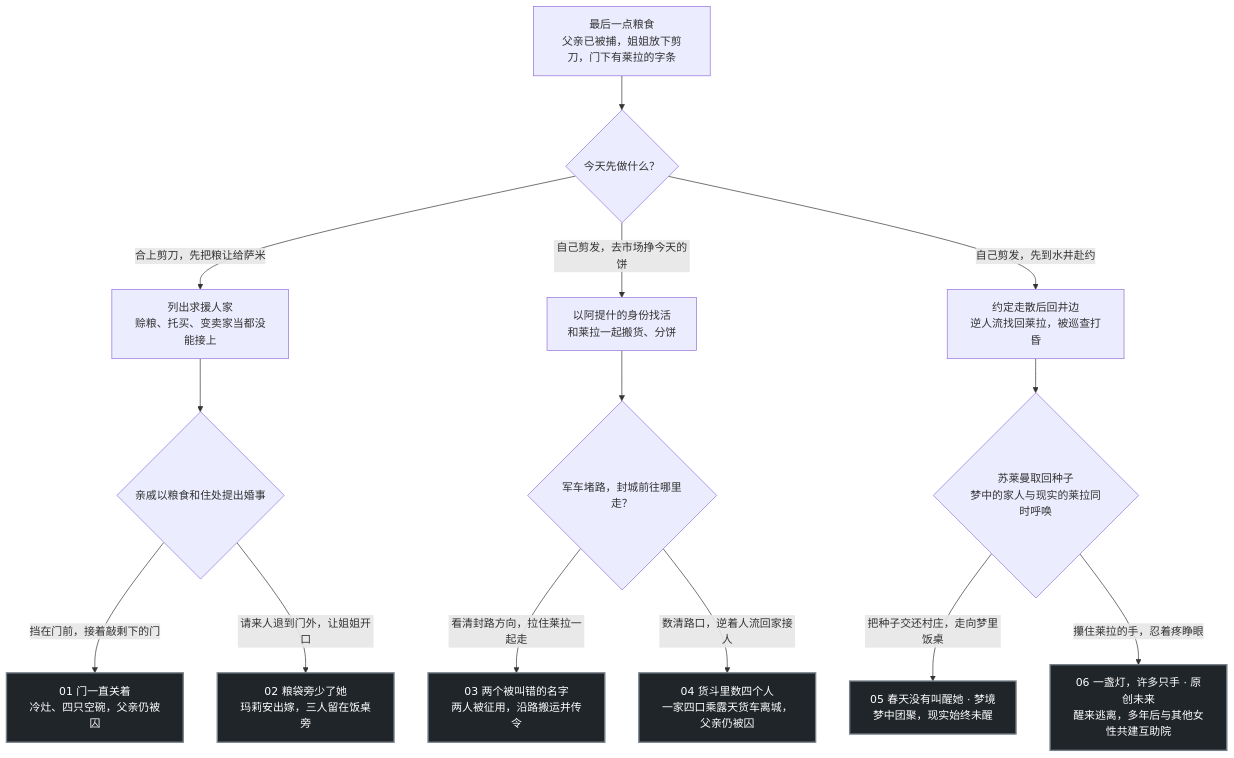
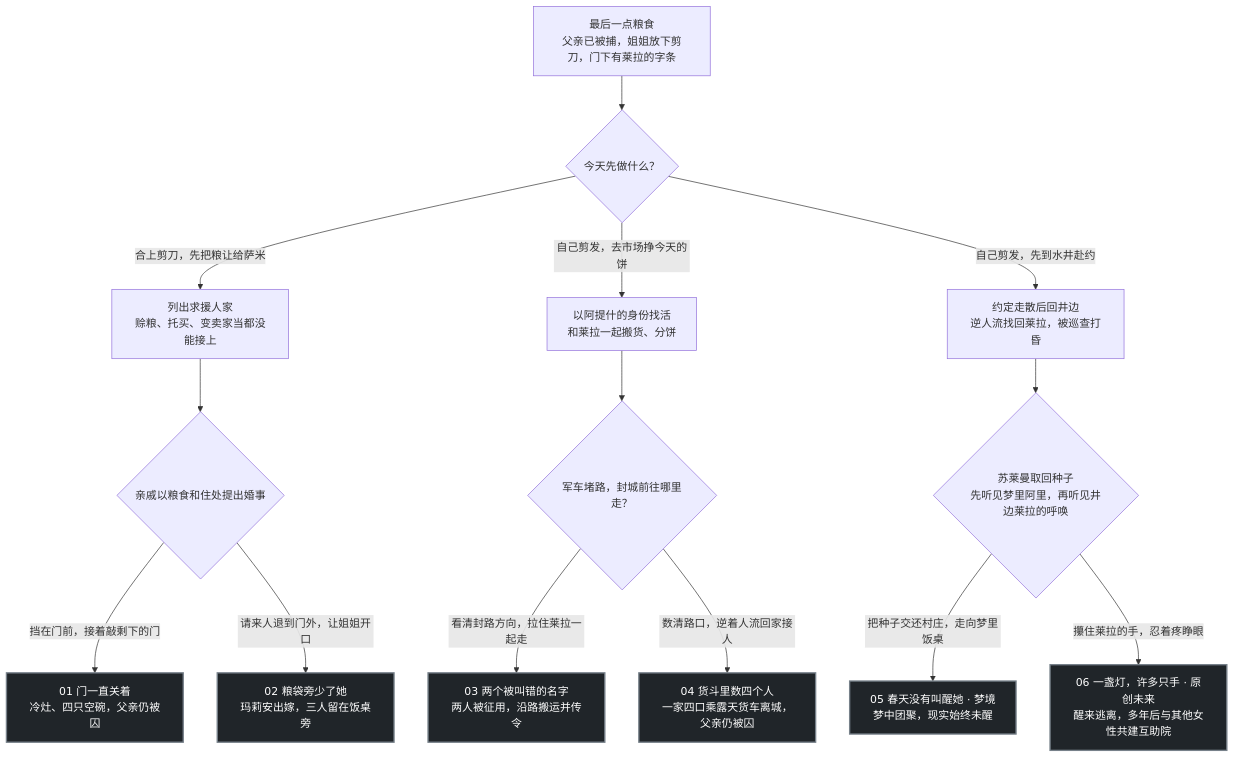
One commit to xypasolini-droid/sister-which-way changed the diagram in docs/design/STORY-FLOW.md. Above: the diagram before and after it, drawn with Mermaid. The commit also changed other lines of this file and 14 other files, not shown here.

````diff
--- a/docs/design/STORY-FLOW.md
+++ b/docs/design/STORY-FLOW.md
@@ -5,18 +5,18 @@
 ```mermaid
 flowchart TD
  O["最后一点粮食<br/>父亲已被捕，姐姐放下剪刀，门下有莱拉的字条"] --> A{"今天先做什么？"}
  A -->|"合上剪刀，先把粮让给萨米"| H["列出求援人家<br/>赊粮、托买、变卖家当都没能接上"]
  H --> B{"亲戚以粮食和住处提出婚事"}
  B -->|"挡在门前，接着敲剩下的门"| E1["01 门一直关着<br/>冷灶、四只空碗，父亲仍被囚"]
  B -->|"请来人退到门外，让姐姐开口"| E2["02 粮袋旁少了她<br/>玛莉安出嫁，三人留在饭桌旁"]
  A -->|"自己剪发，去市场挣今天的饼"| M["以阿提什的身份找活<br/>和莱拉一起搬货、分饼"]
  M --> C{"军车堵路，封城前往哪里走？"}
  C -->|"看清封路方向，拉住莱拉一起走"| E3["03 两个被叫错的名字<br/>两人被征用，沿路搬运并传令"]
  C -->|"数清路口，逆着人流回家接人"| E4["04 货斗里数四个人<br/>一家四口乘露天货车离城，父亲仍被囚"]
  A -->|"自己剪发，先到水井赴约"| W["约定走散后回井边<br/>逆人流找回莱拉，被巡查打昏"]
- W --> D{"苏莱曼取回种子<br/>梦中的家人与现实的莱拉同时呼唤"}
+ W --> D{"苏莱曼取回种子<br/>先听见梦里阿里，再听见井边莱拉的呼唤"}
  D -->|"把种子交还村庄，走向梦里饭桌"| E5["05 春天没有叫醒她 · 梦境<br/>梦中团聚，现实始终未醒"]
  D -->|"攥住莱拉的手，忍着疼睁眼"| E6["06 一盏灯，许多只手 · 原创未来<br/>醒来逃离，多年后与其他女性共建互助院"]
  classDef ending fill:#202529,color:#fff,stroke:#77818a,stroke-width:2px
  class E1,E2,E3,E4,E5,E6 ending
 ```
````
